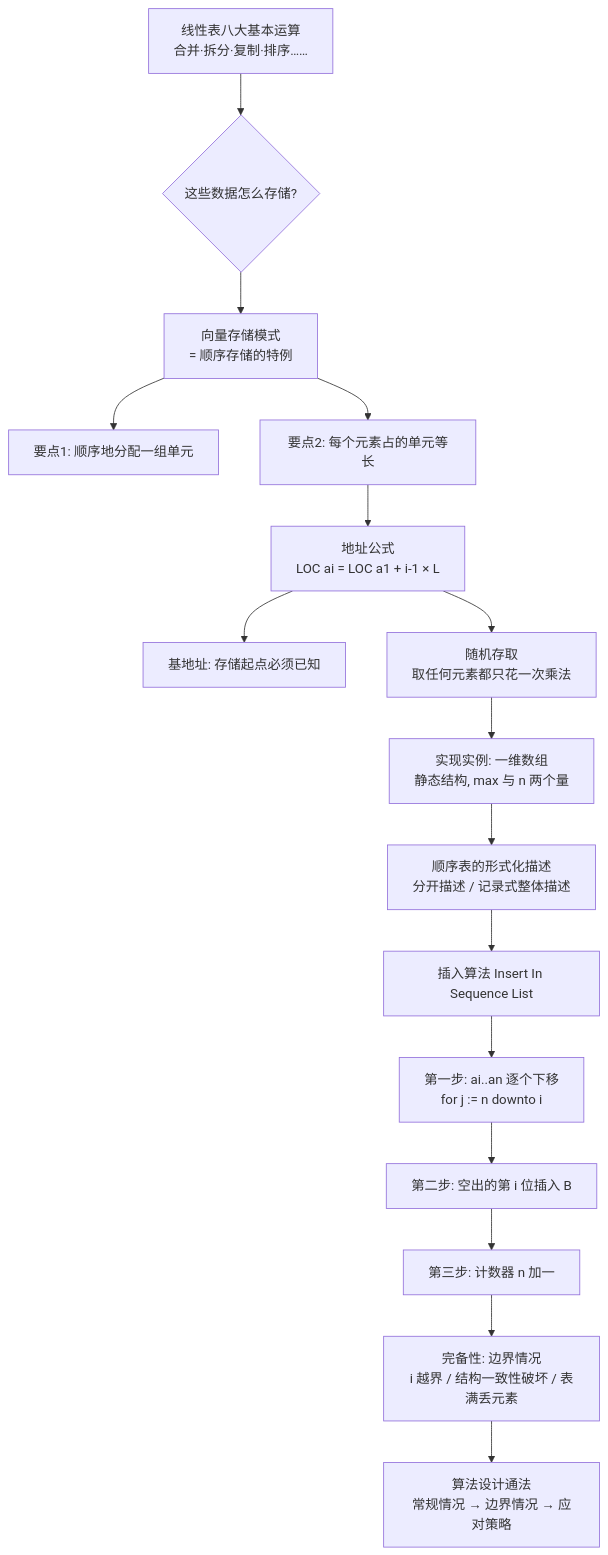
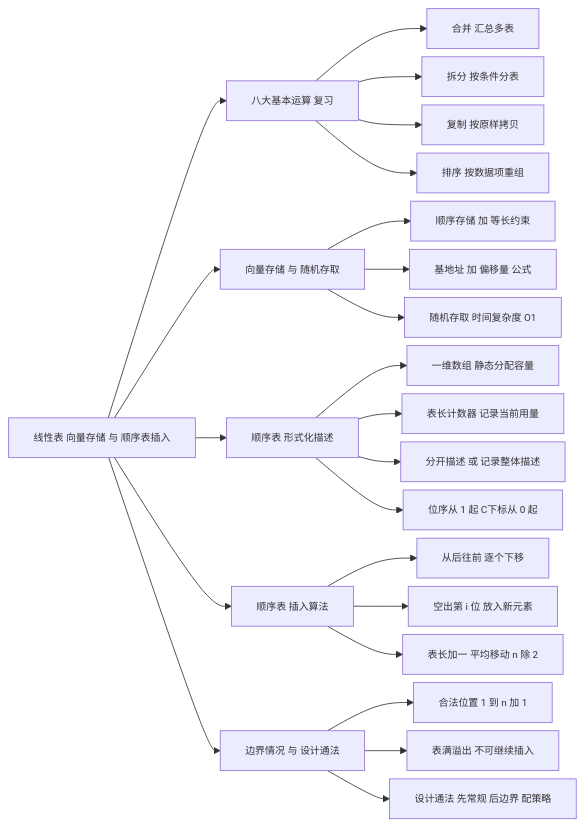
The diagram in 数据结构 第四周第一节 线性表的向量存储与顺序表插入算法 详细版讲义.md (gududewangzhe/data-structures-notes), drawn with Mermaid before and after one commit. The commit also changed other lines of this file and 58 other files, not shown here.

First line of the commit message:
按节次重整全部讲义并统一插图与体例

````diff
--- a/数据结构 第四周第一节 线性表的向量存储与顺序表插入算法 详细版讲义.md
+++ b/数据结构 第四周第一节 线性表的向量存储与顺序表插入算法 详细版讲义.md
@@ -16,18 +16,31 @@
 ```mermaid
-flowchart TD
-    A[线性表八大基本运算<br/>合并·拆分·复制·排序……] --> B{这些数据怎么存储?}
-    B --> C[向量存储模式<br/>= 顺序存储的特例]
-    C --> C1[要点1: 顺序地分配一组单元]
-    C --> C2[要点2: 每个元素占的单元等长]
-    C2 --> D[地址公式<br/>LOC ai = LOC a1 + i-1 × L]
-    D --> D1[基地址: 存储起点必须已知]
-    D --> E[随机存取<br/>取任何元素都只花一次乘法]
-    E --> F[实现实例: 一维数组<br/>静态结构, max 与 n 两个量]
-    F --> G[顺序表的形式化描述<br/>分开描述 / 记录式整体描述]
-    G --> H[插入算法 Insert In Sequence List]
-    H --> H1[第一步: ai..an 逐个下移<br/>for j := n downto i]
-    H1 --> H2[第二步: 空出的第 i 位插入 B]
-    H2 --> H3[第三步: 计数器 n 加一]
-    H3 --> I[完备性: 边界情况<br/>i 越界 / 结构一致性破坏 / 表满丢元素]
-    I --> J[算法设计通法<br/>常规情况 → 边界情况 → 应对策略]
+%%{init: {"flowchart": {"nodeSpacing": 10, "rankSpacing": 30, "curve": "basis"}, "themeVariables": {"fontSize": "12px"}}}%%
+flowchart LR
+    R[线性表 向量存储 与 顺序表插入] --> B1[八大基本运算 复习]
+    R --> B2[向量存储 与 随机存取]
+    R --> B3[顺序表 形式化描述]
+    R --> B4[顺序表 插入算法]
+    R --> B5[边界情况 与 设计通法]
+
+    B1 --> B1a[合并 汇总多表]
+    B1 --> B1b[拆分 按条件分表]
+    B1 --> B1c[复制 按原样拷贝]
+    B1 --> B1d[排序 按数据项重组]
+
+    B2 --> B2a[顺序存储 加 等长约束]
+    B2 --> B2b[基地址 加 偏移量 公式]
+    B2 --> B2c[随机存取 时间复杂度 O1]
+
+    B3 --> B3a[一维数组 静态分配容量]
+    B3 --> B3b[表长计数器 记录当前用量]
+    B3 --> B3c[分开描述 或 记录整体描述]
+    B3 --> B3d[位序从 1 起 C下标从 0 起]
+
+    B4 --> B4a[从后往前 逐个下移]
+    B4 --> B4b[空出第 i 位 放入新元素]
+    B4 --> B4c[表长加一 平均移动 n 除 2]
+
+    B5 --> B5a[合法位置 1 到 n 加 1]
+    B5 --> B5b[表满溢出 不可继续插入]
+    B5 --> B5c[设计通法 先常规 后边界 配策略]
 ```
````
